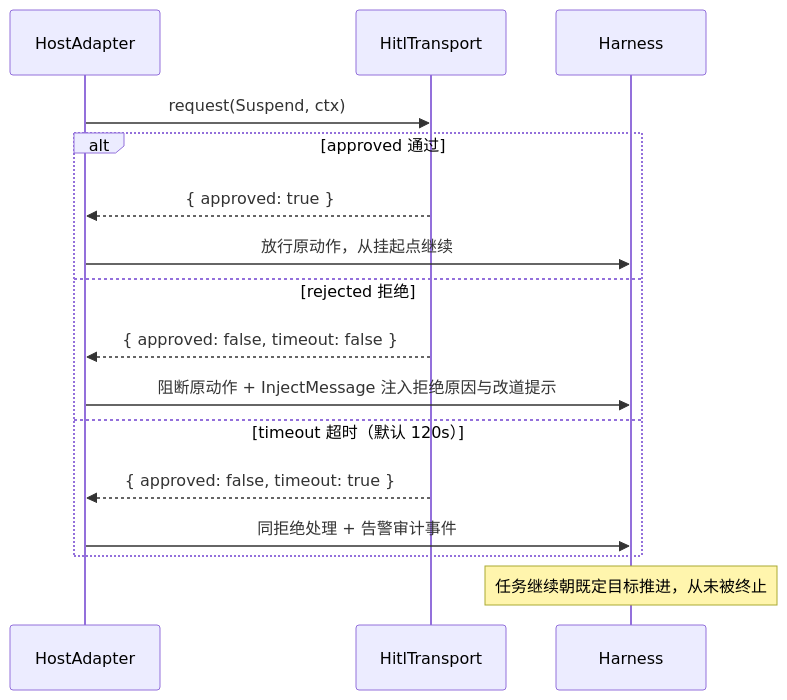
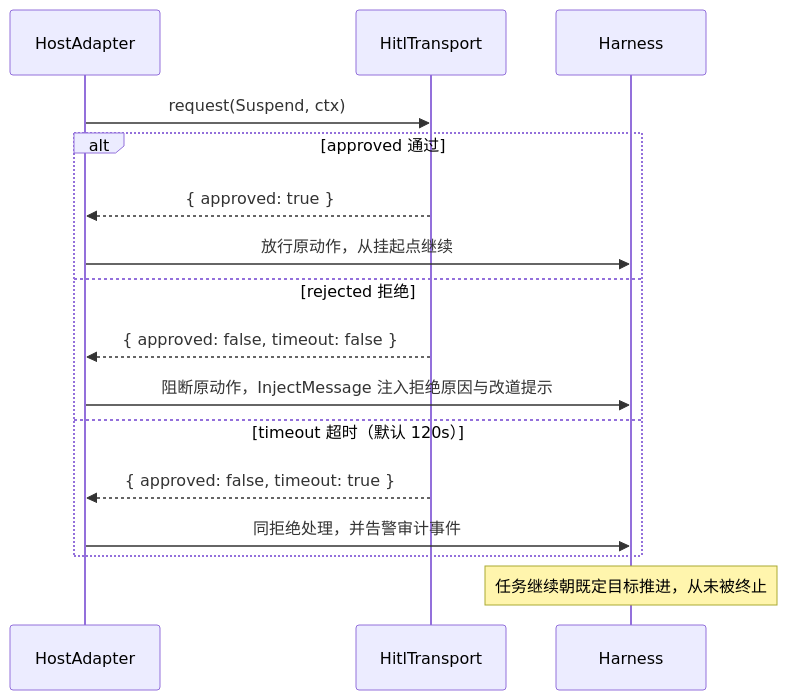
One commit to chaos-design/arcs changed the third of 4 diagrams in docs/key-flows.md. Above: the diagram before and after it, drawn with Mermaid. The commit also changed 14 other files, not shown here.

````diff
--- a/docs/key-flows.md
+++ b/docs/key-flows.md
@@ -67,18 +67,18 @@
 ```mermaid
 sequenceDiagram
   participant A as HostAdapter
   participant HL as HitlTransport
   participant H as Harness
   A->>HL: request(Suspend, ctx)
   alt approved 通过
     HL-->>A: { approved: true }
     A->>H: 放行原动作，从挂起点继续
   else rejected 拒绝
     HL-->>A: { approved: false, timeout: false }
-    A->>H: 阻断原动作 + InjectMessage 注入拒绝原因与改道提示
+    A->>H: 阻断原动作，InjectMessage 注入拒绝原因与改道提示
   else timeout 超时（默认 120s）
     HL-->>A: { approved: false, timeout: true }
-    A->>H: 同拒绝处理 + 告警审计事件
+    A->>H: 同拒绝处理，并告警审计事件
   end
   Note over H: 任务继续朝既定目标推进，从未被终止
 ```
````
